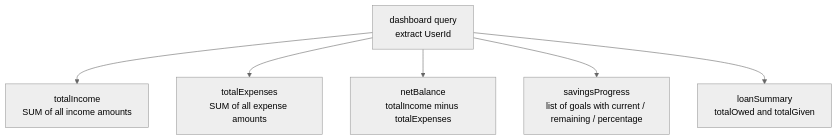
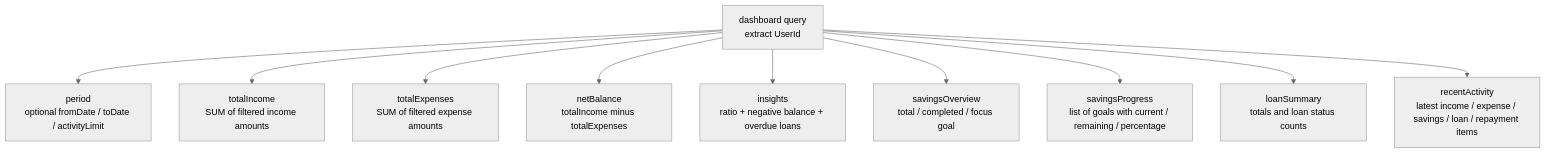
The tenth of 12 diagrams in docs/phases/PHASE-4-graphql-api.md (dev-personal-projects/vela), drawn with Mermaid (neutral theme) before and after one commit. The commit also changed other lines of this file and 18 other files, not shown here.

````diff
--- a/docs/phases/PHASE-4-graphql-api.md
+++ b/docs/phases/PHASE-4-graphql-api.md
@@ -244,10 +244,14 @@
 ```mermaid
 flowchart TD
     DQ[dashboard query\nextract UserId]
 
-    DQ --> TI[totalIncome\nSUM of all income amounts]
-    DQ --> TE[totalExpenses\nSUM of all expense amounts]
+    DQ --> PR[period\noptional fromDate / toDate / activityLimit]
+    DQ --> TI[totalIncome\nSUM of filtered income amounts]
+    DQ --> TE[totalExpenses\nSUM of filtered expense amounts]
     DQ --> NB[netBalance\ntotalIncome minus totalExpenses]
+    DQ --> DI[insights\nratio + negative balance + overdue loans]
+    DQ --> SO[savingsOverview\ntotal / completed / focus goal]
     DQ --> SP[savingsProgress\nlist of goals with current / remaining / percentage]
-    DQ --> LS[loanSummary\ntotalOwed and totalGiven]
+    DQ --> LS[loanSummary\ntotals and loan status counts]
+    DQ --> RA[recentActivity\nlatest income / expense / savings / loan / repayment items]
 ```
````
